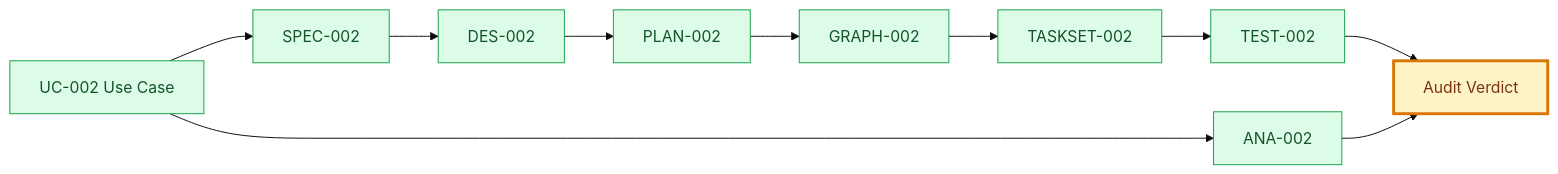
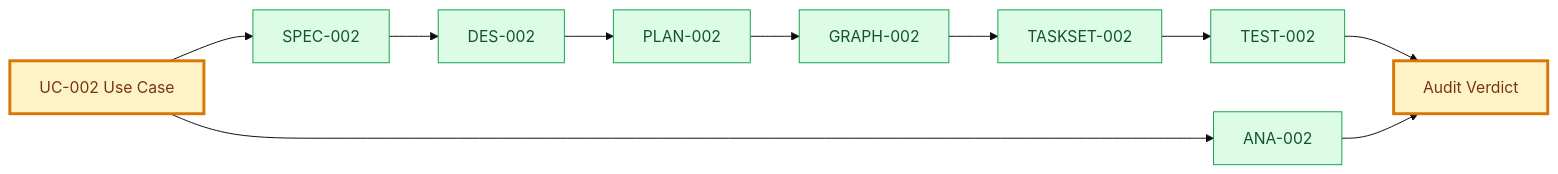
The first of 2 diagrams in domains/events/goals/participate-in-event/features/qr-code-check-in/use-cases/organizer-validates-qr-code/audit.md (JonatasFreireDev/spec-framework), drawn with Mermaid (base theme) before and after one commit. The commit also changed 5 other files, not shown here.

Commit message:
Validate semantic Mermaid artifact state

````diff
--- a/domains/events/goals/participate-in-event/features/qr-code-check-in/use-cases/organizer-validates-qr-code/audit.md
+++ b/domains/events/goals/participate-in-event/features/qr-code-check-in/use-cases/organizer-validates-qr-code/audit.md
@@ -15,20 +15,21 @@
 ```mermaid
 flowchart LR
+  %% artifact: UC-002 node: U %%
   U["UC-002 Use Case"] --> S["SPEC-002"]
   S --> D["DES-002"]
   D --> P["PLAN-002"]
   P --> G["GRAPH-002"]
   G --> T["TASKSET-002"]
   T --> Q["TEST-002"]
   U --> A["ANA-002"]
   Q --> V["Audit Verdict"]
   A --> V
 
   classDef done fill:#dcfce7,stroke:#16a34a,color:#14532d;
   classDef current fill:#fef3c7,stroke:#d97706,color:#78350f,stroke-width:3px;
   classDef pending fill:#f8fafc,stroke:#94a3b8,color:#334155;
   classDef blocked fill:#fee2e2,stroke:#dc2626,color:#7f1d1d;
 
-  class U,S,D,P,G,T,Q,A done;
-  class V current;
+  class S,D,P,G,T,Q,A done;
+  class U,V current;
 ```
````
